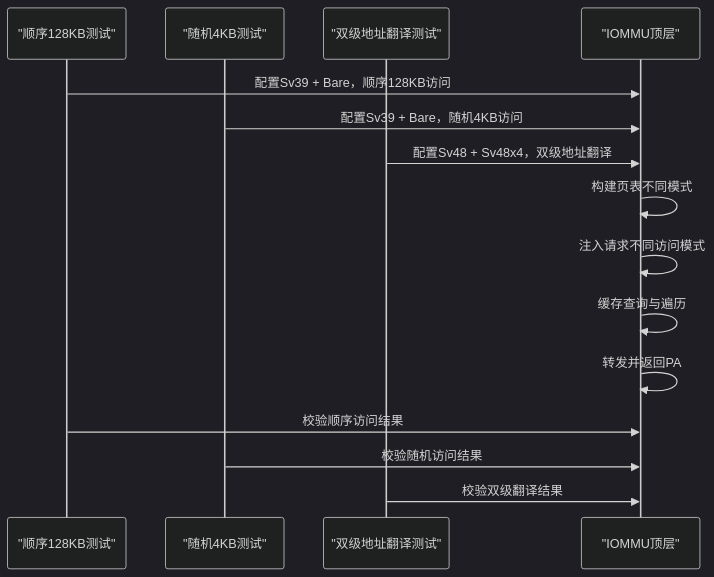
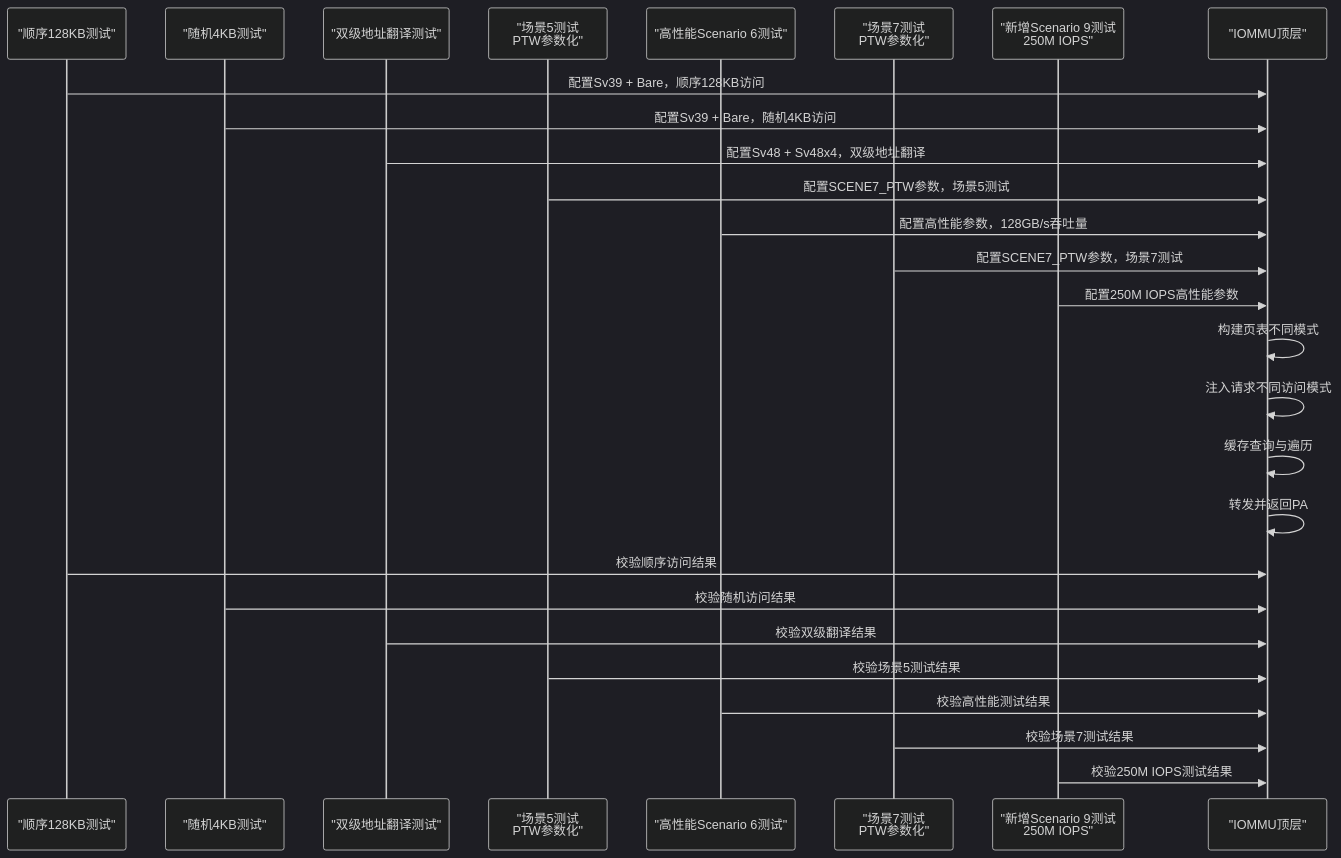
One commit to jiangjiang1122/iommu_model_20260401_v1 changed the fifth of 6 diagrams in .qoder/repowiki/zh/content/性能模型/性能基准测试.md. Above: the diagram before and after it, drawn with Mermaid (dark theme). The commit also changed other lines of this file and 186 other files, not shown here.

````diff
--- a/.qoder/repowiki/zh/content/性能模型/性能基准测试.md
+++ b/.qoder/repowiki/zh/content/性能模型/性能基准测试.md
@@ -309,17 +365,29 @@
 ```mermaid
 sequenceDiagram
 participant TEST1 as "顺序128KB测试"
 participant TEST2 as "随机4KB测试"
 participant TEST3 as "双级地址翻译测试"
+participant TEST5 as "场景5测试<br/>PTW参数化"
+participant TEST6 as "高性能Scenario 6测试"
+participant TEST7 as "场景7测试<br/>PTW参数化"
+participant TEST9 as "新增Scenario 9测试<br/>250M IOPS"
 participant IOMMU as "IOMMU顶层"
 TEST1->>IOMMU : 配置Sv39 + Bare，顺序128KB访问
 TEST2->>IOMMU : 配置Sv39 + Bare，随机4KB访问
 TEST3->>IOMMU : 配置Sv48 + Sv48x4，双级地址翻译
+TEST5->>IOMMU : 配置SCENE7_PTW参数，场景5测试
+TEST6->>IOMMU : 配置高性能参数，128GB/s吞吐量
+TEST7->>IOMMU : 配置SCENE7_PTW参数，场景7测试
+TEST9->>IOMMU : 配置250M IOPS高性能参数
 IOMMU->>IOMMU : 构建页表不同模式
 IOMMU->>IOMMU : 注入请求不同访问模式
 IOMMU->>IOMMU : 缓存查询与遍历
 IOMMU->>IOMMU : 转发并返回PA
 TEST1->>IOMMU : 校验顺序访问结果
 TEST2->>IOMMU : 校验随机访问结果
 TEST3->>IOMMU : 校验双级翻译结果
+TEST5->>IOMMU : 校验场景5测试结果
+TEST6->>IOMMU : 校验高性能测试结果
+TEST7->>IOMMU : 校验场景7测试结果
+TEST9->>IOMMU : 校验250M IOPS测试结果
 ```
````
